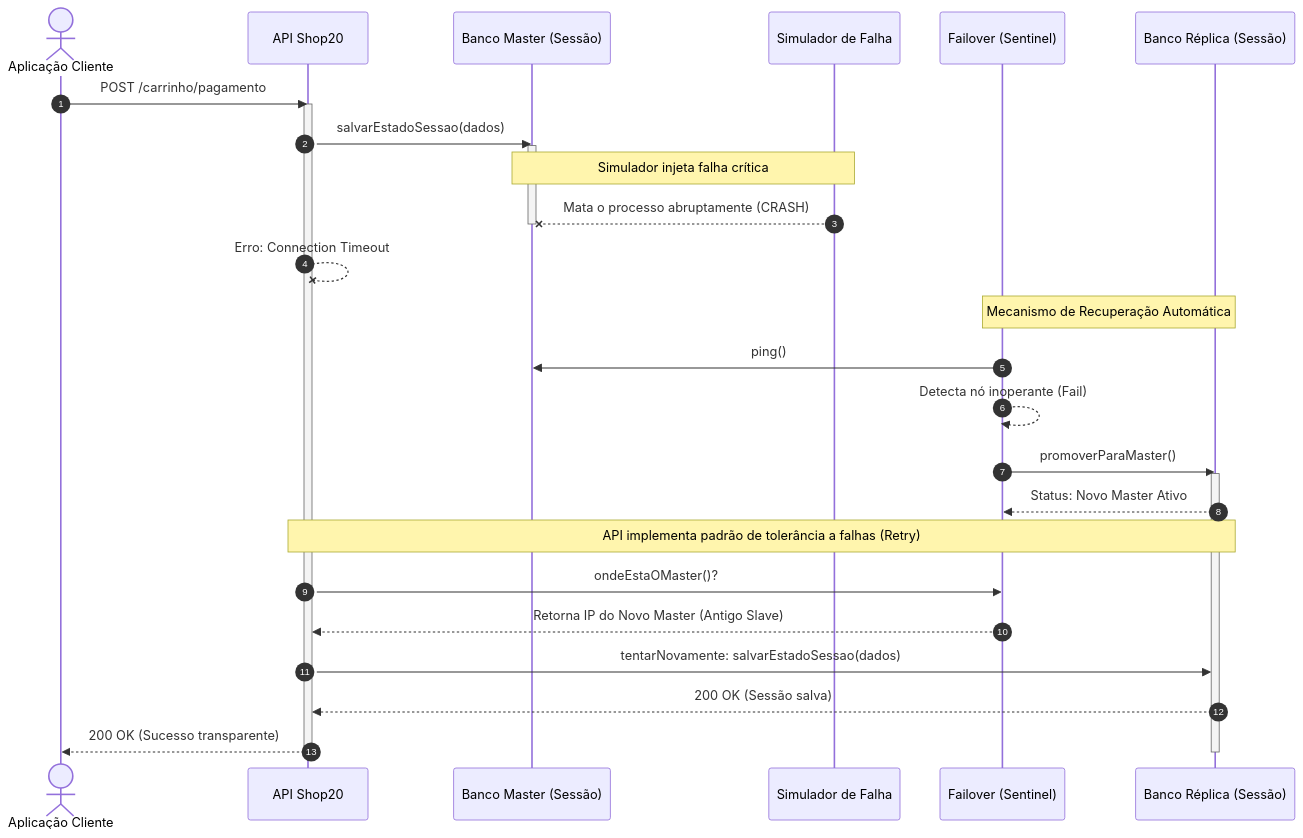
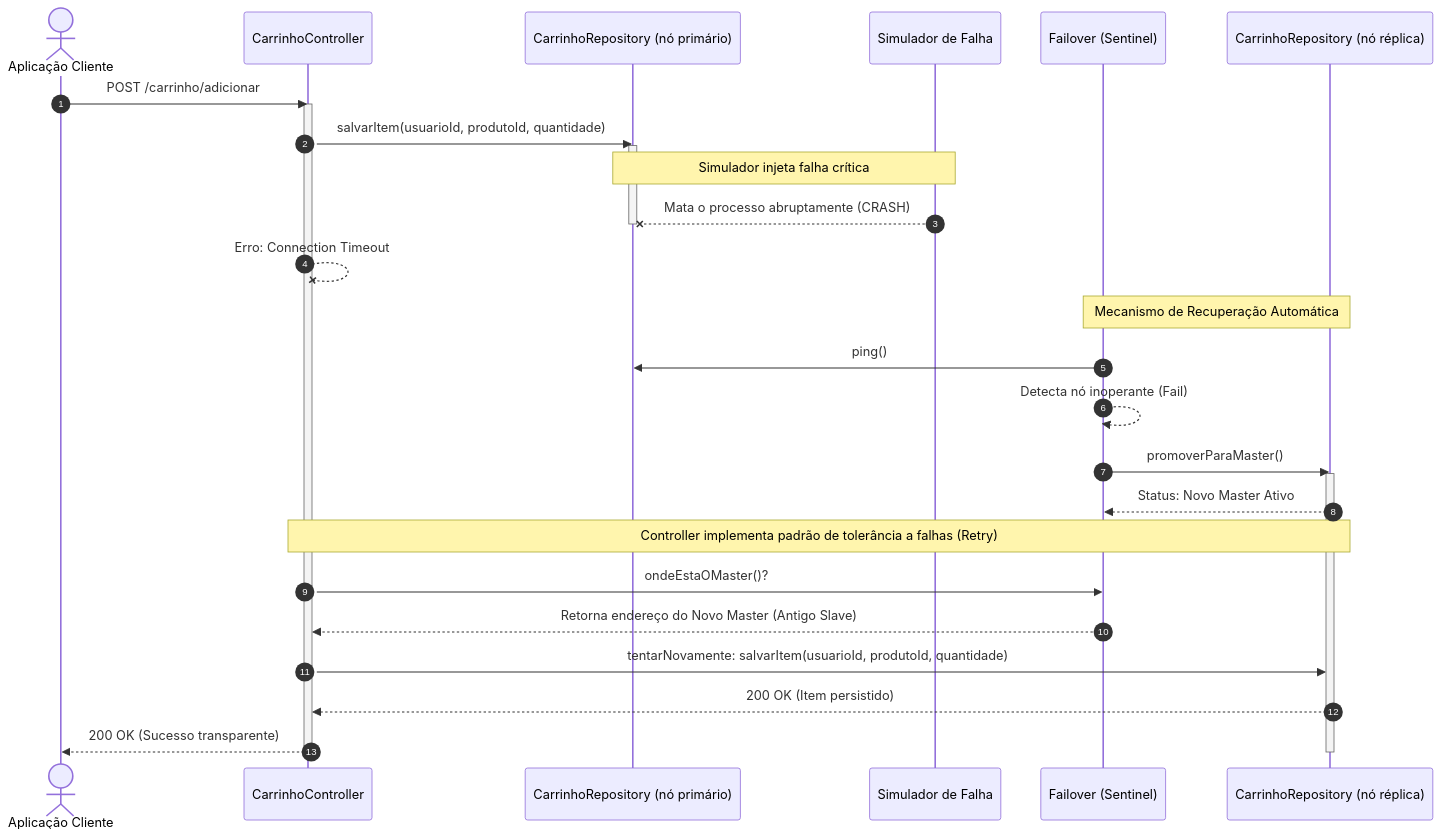
The tenth of 13 diagrams in README.md (omarhenriqu3/meu-estudo-vvts), drawn with Mermaid before and after one commit. The commit also changed other lines of this file, not shown here.

````diff
--- a/README.md
+++ b/README.md
@@ -423,40 +423,40 @@
 ```mermaid
 sequenceDiagram
     autonumber
     actor Cliente as Aplicação Cliente
-    participant API as API Shop20
-    participant Master as Banco Master (Sessão)
+    participant Controller as CarrinhoController
+    participant Master as CarrinhoRepository (nó primário)
     participant Chaos as Simulador de Falha
     participant Sentinel as Failover (Sentinel)
-    participant Slave as Banco Réplica (Sessão)
+    participant Slave as CarrinhoRepository (nó réplica)
 
-    Cliente->>API: POST /carrinho/pagamento
-    activate API
+    Cliente->>Controller: POST /carrinho/adicionar
+    activate Controller
     
-    API->>Master: salvarEstadoSessao(dados)
+    Controller->>Master: salvarItem(usuarioId, produtoId, quantidade)
     activate Master
     
     Note over Master, Chaos: Simulador injeta falha crítica
     Chaos--xMaster: Mata o processo abruptamente (CRASH)
     deactivate Master
     
-    API--xAPI: Erro: Connection Timeout
+    Controller--xController: Erro: Connection Timeout
     
     Note over Sentinel, Slave: Mecanismo de Recuperação Automática
     Sentinel->>Master: ping()
     Sentinel-->>Sentinel: Detecta nó inoperante (Fail)
     Sentinel->>Slave: promoverParaMaster()
     activate Slave
     Slave-->>Sentinel: Status: Novo Master Ativo
     
-    Note over API, Slave: API implementa padrão de tolerância a falhas (Retry)
-    API->>Sentinel: ondeEstaOMaster()?
-    Sentinel-->>API: Retorna IP do Novo Master (Antigo Slave)
+    Note over Controller, Slave: Controller implementa padrão de tolerância a falhas (Retry)
+    Controller->>Sentinel: ondeEstaOMaster()?
+    Sentinel-->>Controller: Retorna endereço do Novo Master (Antigo Slave)
     
-    API->>Slave: tentarNovamente: salvarEstadoSessao(dados)
-    Slave-->>API: 200 OK (Sessão salva)
+    Controller->>Slave: tentarNovamente: salvarItem(usuarioId, produtoId, quantidade)
+    Slave-->>Controller: 200 OK (Item persistido)
     
-    API-->>Cliente: 200 OK (Sucesso transparente)
-    deactivate API
+    Controller-->>Cliente: 200 OK (Sucesso transparente)
+    deactivate Controller
     deactivate Slave
 ```
````
